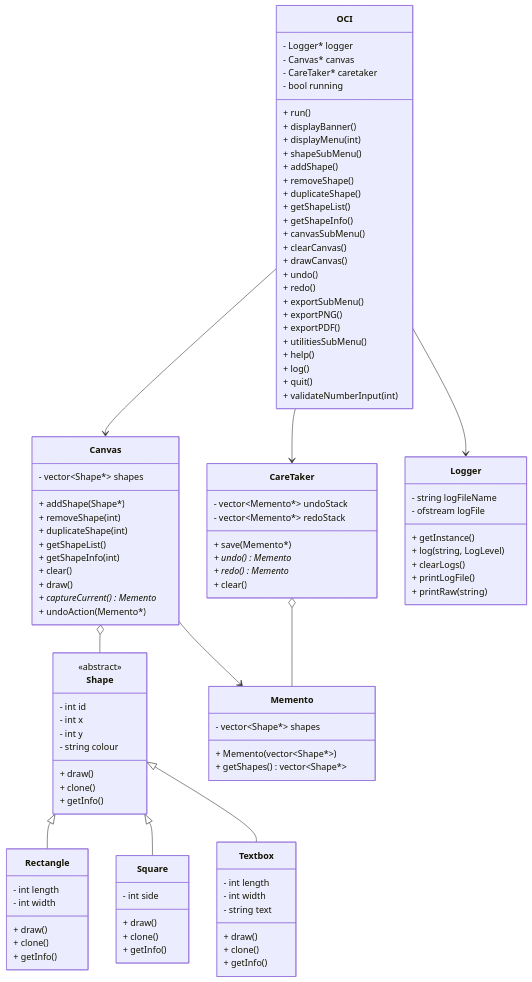
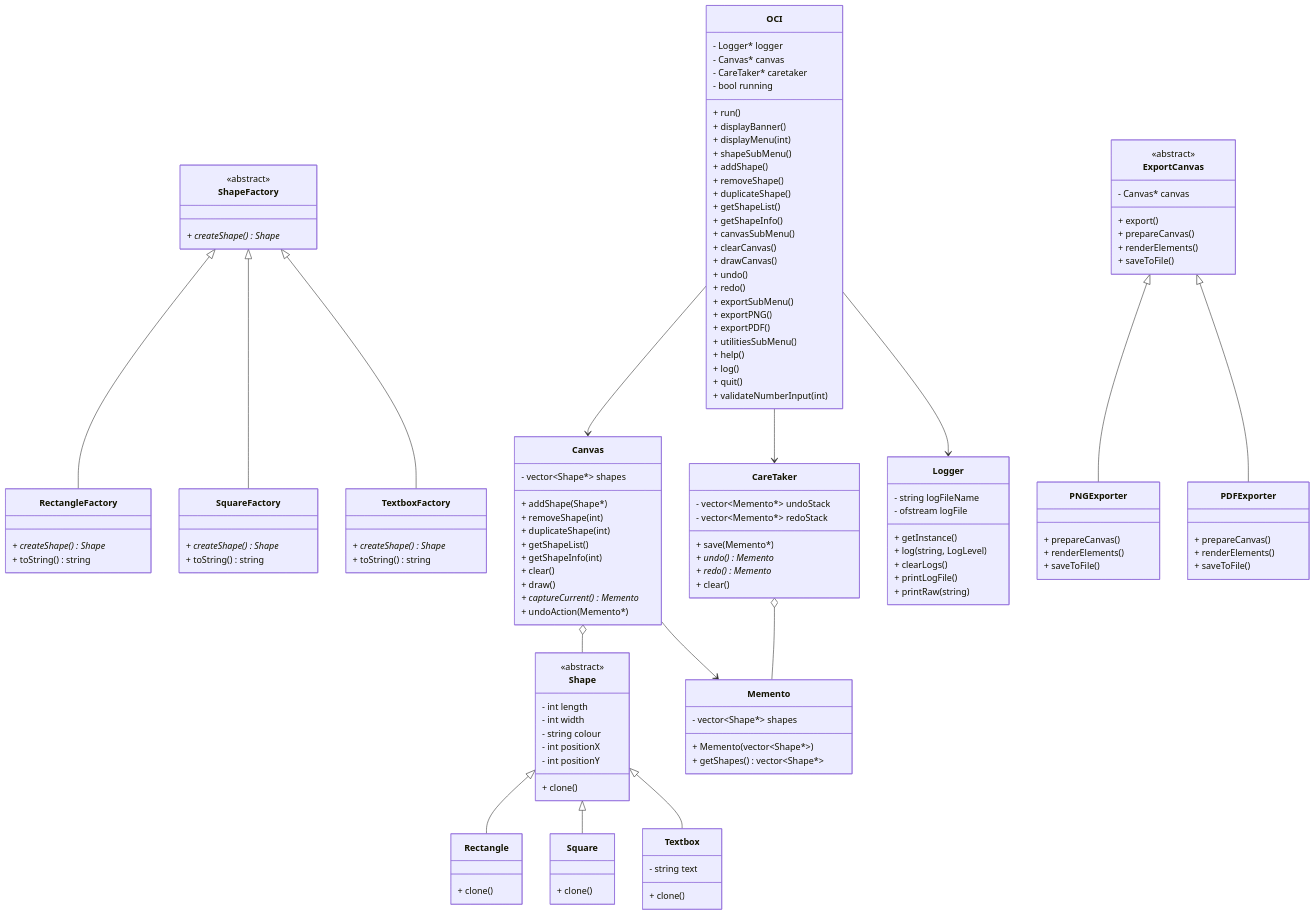
Before and after one commit to michaeltomlinsontuks/COS214-Prac1: the diagram in class_diagram.md, drawn with Mermaid. The commit also changed other lines of this file and 32 other files, not shown here.

```diff
--- a/class_diagram.md
+++ b/class_diagram.md
@@ -4,34 +4,38 @@
 classDiagram
     class Shape {
         <<abstract>>
-        - int id
-        - int x
-        - int y
+        - int length
+        - int width
         - string colour
-        + draw()
+        - int positionX
+        - int positionY
         + clone()
-        + getInfo()
     }
     class Rectangle {
-        - int length
-        - int width
-        + draw()
         + clone()
-        + getInfo()
     }
     class Square {
-        - int side
-        + draw()
         + clone()
-        + getInfo()
     }
     class Textbox {
-        - int length
-        - int width
         - string text
-        + draw()
         + clone()
-        + getInfo()
+    }
+    class ShapeFactory {
+        <<abstract>>
+        + createShape() Shape*
+    }
+    class RectangleFactory {
+        + createShape() Shape*
+        + toString() string
+    }
+    class SquareFactory {
+        + createShape() Shape*
+        + toString() string
+    }
+    class TextboxFactory {
+        + createShape() Shape*
+        + toString() string
     }
     class Canvas {
         - vector~Shape*~ shapes
@@ -67,6 +71,24 @@
         + printLogFile()
         + printRaw(string)
     }
+    class ExportCanvas {
+        <<abstract>>
+        - Canvas* canvas
+        + export()
+        + prepareCanvas()
+        + renderElements()
+        + saveToFile()
+    }
+    class PNGExporter {
+        + prepareCanvas()
+        + renderElements()
+        + saveToFile()
+    }
+    class PDFExporter {
+        + prepareCanvas()
+        + renderElements()
+        + saveToFile()
+    }
     class OCI {
         - Logger* logger
         - Canvas* canvas
@@ -98,9 +120,14 @@
     Shape <|-- Rectangle
     Shape <|-- Square
     Shape <|-- Textbox
+    ShapeFactory <|-- RectangleFactory
+    ShapeFactory <|-- SquareFactory
+    ShapeFactory <|-- TextboxFactory
     Canvas o-- Shape
     Canvas --> Memento
     CareTaker o-- Memento
+    ExportCanvas <|-- PNGExporter
+    ExportCanvas <|-- PDFExporter
     OCI --> Logger
     OCI --> Canvas
     OCI --> CareTaker
```
